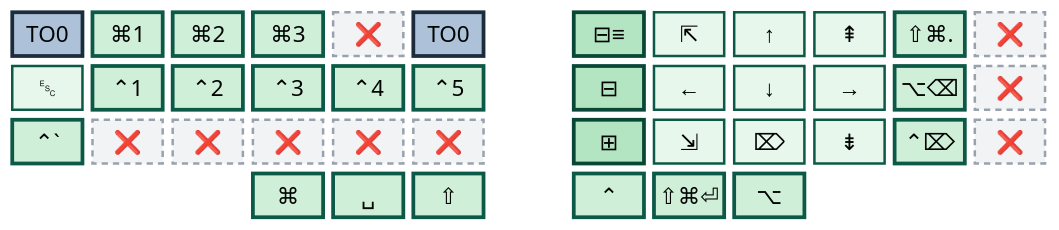
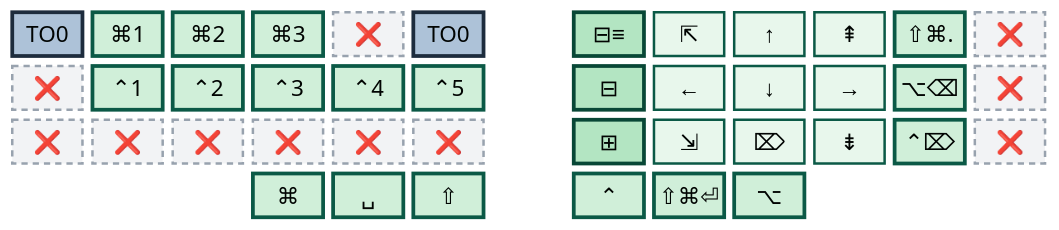
One commit to abloch/zmk-corne changed the third of 6 diagrams in README.md. Above: the diagram before and after it, drawn with Mermaid. The commit also changed other lines of this file and 5 other files, not shown here.

````diff
--- a/README.md
+++ b/README.md
@@ -126,22 +125,22 @@
 ```mermaid
 %%{init: {'theme':'base','themeVariables':{'primaryColor':'#e8f7ec','primaryTextColor':'#06241c','primaryBorderColor':'#0b5946','nodeTextColor':'#06241c','textColor':'#06241c','mainBkg':'#e8f7ec','fontSize':'18px'}}}%%
 block
 columns 13
 
   to0["TO0"] g1["⌘1"] g2["⌘2"] g3["⌘3"] x1["❌"] t0b["TO0"] space fa["⊟≡"] hom["⇱"] up["↑"] pgu["⇞"] emj["⇧⌘."] x2["❌"]
-  esc["␛"] c1["⌃1"] c2["⌃2"] c3["⌃3"] c4["⌃4"] c5["⌃5"] space fo["⊟"] lft["←"] dn["↓"] rgt["→"] abs["⌥⌫"] x3["❌"]
-  cgr["⌃` "] xa["❌"] xb["❌"] xc["❌"] xd["❌"] xe["❌"] space uf["⊞"] endk["⇲"] del["⌦"] pgd["⇟"] cdl["⌃⌦"] x4["❌"]
+  xe3["❌"] c1["⌃1"] c2["⌃2"] c3["⌃3"] c4["⌃4"] c5["⌃5"] space fo["⊟"] lft["←"] dn["↓"] rgt["→"] abs["⌥⌫"] x3["❌"]
+  xf["❌"] xa["❌"] xb["❌"] xc["❌"] xd["❌"] xe["❌"] space uf["⊞"] endk["⇲"] del["⌦"] pgd["⇟"] cdl["⌃⌦"] x4["❌"]
   space:3 cmd["⌘"] spc["␣"] sft["⇧"] space ctl["⌃"] sen["⇧⌘⏎"] alt["⌥"] space:3
 
   classDef plain fill:#e8f7ec,stroke:#0b5946,stroke-width:2px,color:#06241c
   classDef mod fill:#d0efd9,stroke:#0b5946,stroke-width:3px,color:#06241c
   classDef seq fill:#b3e5c2,stroke:#084736,stroke-width:3px,color:#041a14
   classDef goL0 fill:#adc2d8,stroke:#1d2c3d,stroke-width:3px,color:#060c12
   classDef dead fill:#f2f3f5,stroke:#98a2ae,stroke-width:2px,stroke-dasharray:5 4,color:#5b6673
 
-  class esc,hom,up,pgu,lft,dn,rgt,endk,del,pgd plain
-  class g1,g2,g3,c1,c2,c3,c4,c5,cgr,emj,abs,cdl,cmd,spc,sft,ctl,sen,alt mod
+  class hom,up,pgu,lft,dn,rgt,endk,del,pgd plain
+  class g1,g2,g3,c1,c2,c3,c4,c5,emj,abs,cdl,cmd,spc,sft,ctl,sen,alt mod
   class fa,fo,uf seq
   class to0,t0b goL0
-  class x1,x2,x3,x4,xa,xb,xc,xd,xe dead
+  class x1,x2,x3,x4,xa,xb,xc,xd,xe,xf,xe3 dead
 ```
````
